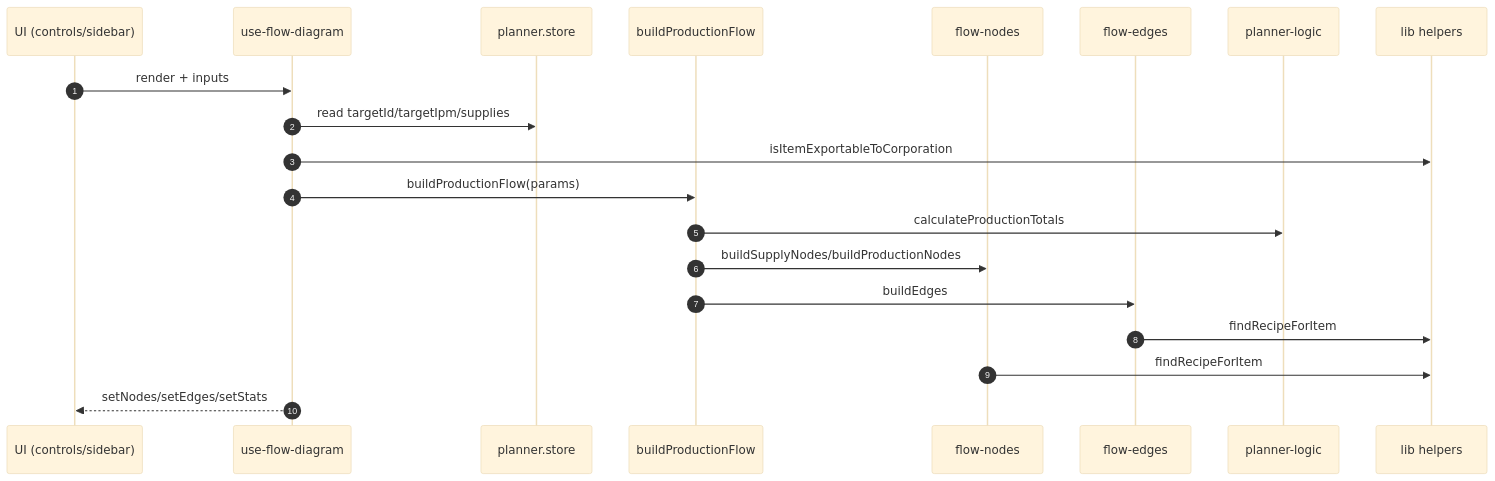
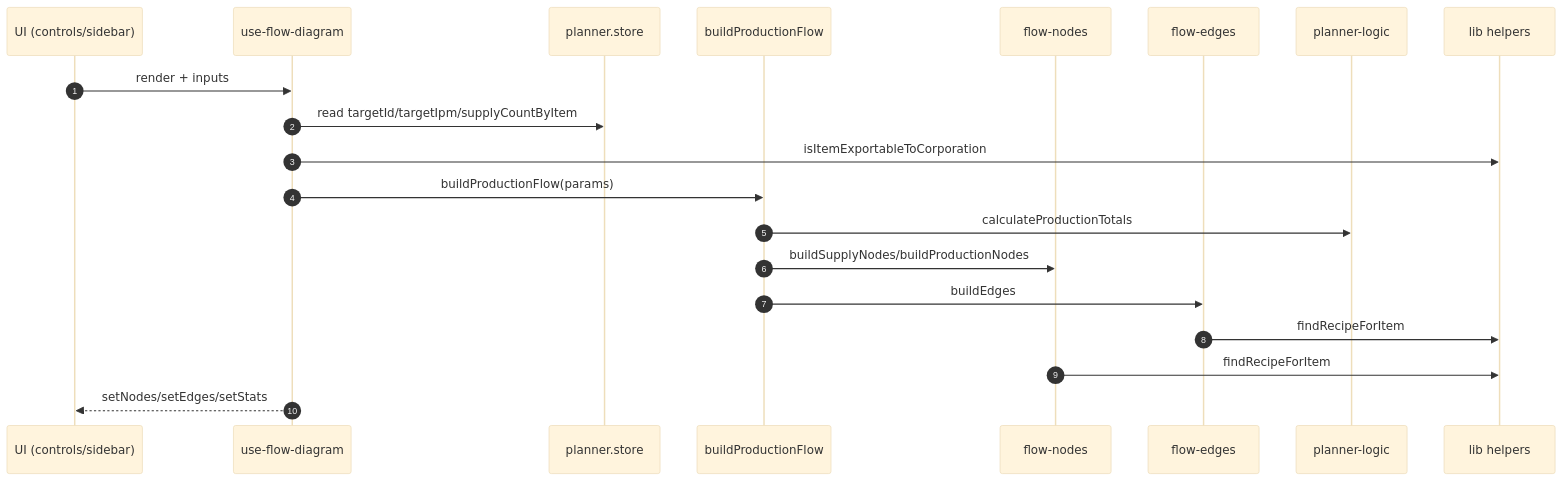
Before and after one commit to javiluli/starrupture-planner: the third of 4 diagrams in src/features/planner/README.md, drawn with Mermaid (base theme). The commit also changed other lines of this file and 20 other files, not shown here.

Commit message:
Normalize supply naming to supplyCount

````diff
--- a/src/features/planner/README.md
+++ b/src/features/planner/README.md
@@ -126,23 +126,23 @@
 ```mermaid
 sequenceDiagram
   autonumber
   participant UI as UI (controls/sidebar)
   participant Hook as use-flow-diagram
   participant Store as planner.store
   participant Builder as buildProductionFlow
   participant CoreNodes as flow-nodes
   participant CoreEdges as flow-edges
   participant Logic as planner-logic
   participant Lib as lib helpers
 
   UI->>Hook: render + inputs
-  Hook->>Store: read targetId/targetIpm/supplies
+  Hook->>Store: read targetId/targetIpm/supplyCountByItem
   Hook->>Lib: isItemExportableToCorporation
   Hook->>Builder: buildProductionFlow(params)
   Builder->>Logic: calculateProductionTotals
   Builder->>CoreNodes: buildSupplyNodes/buildProductionNodes
   Builder->>CoreEdges: buildEdges
   CoreEdges->>Lib: findRecipeForItem
   CoreNodes->>Lib: findRecipeForItem
   Hook-->>UI: setNodes/setEdges/setStats
 ```
````
